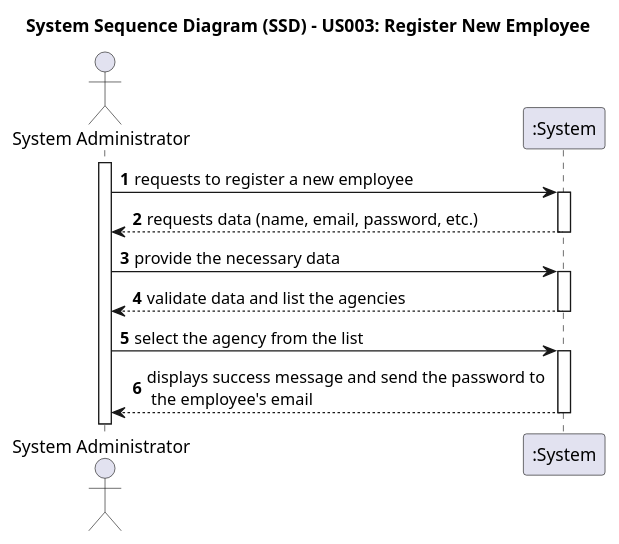
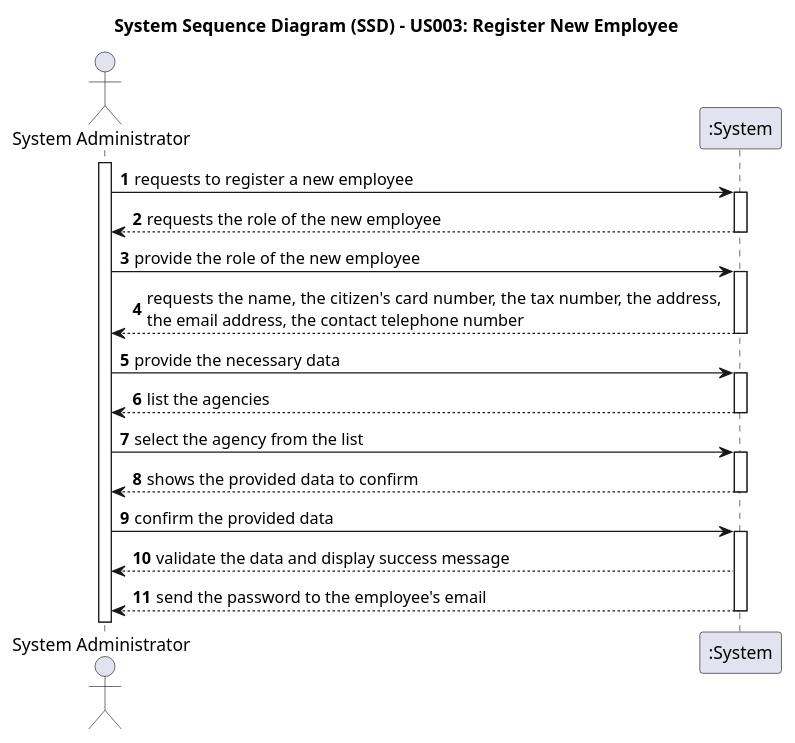
Before and after one commit to Goncalves2525/real-estate-management-system: the diagram in docs/sprintB/us003/01.requirements-engineering/puml/us003-system-sequence-diagram.puml, drawn with PlantUML. The commit also changed 31 other files, not shown here.

```diff
--- a/docs/sprintB/us003/01.requirements-engineering/puml/us003-system-sequence-diagram.puml
+++ b/docs/sprintB/us003/01.requirements-engineering/puml/us003-system-sequence-diagram.puml
@@ -1,34 +1,48 @@
 @startuml
 skinparam monochrome false
 skinparam packageStyle rectangle
 skinparam shadowing false
 
 title System Sequence Diagram (SSD) - US003: Register New Employee
 
 autonumber
 
 actor "System Administrator" as Admin
 participant ":System" as System
 
 activate Admin
 
     Admin -> System : requests to register a new employee
     activate System
 
-        System --> Admin : requests data (name, email, password, etc.)
+        System --> Admin : requests the role of the new employee
     deactivate System
+
+    Admin -> System : provide the role of the new employee
+        activate System
+
+            System --> Admin : requests the name, the citizen's card number, the tax number, the address, \nthe email address, the contact telephone number
+
+        deactivate System
 
     Admin -> System : provide the necessary data
         activate System
 
-            System --> Admin : validate data and list the agencies
+            System --> Admin : list the agencies
         deactivate System
 
     Admin -> System : select the agency from the list
     activate System
 
-        System --> Admin : displays success message and send the password to \n the employee's email
+        System --> Admin : shows the provided data to confirm
+    deactivate System
+
+    Admin -> System : confirm the provided data
+    activate System
+
+        System --> Admin : validate the data and display success message
+        System --> Admin : send the password to the employee's email
 
     deactivate System
 
 @enduml
```
